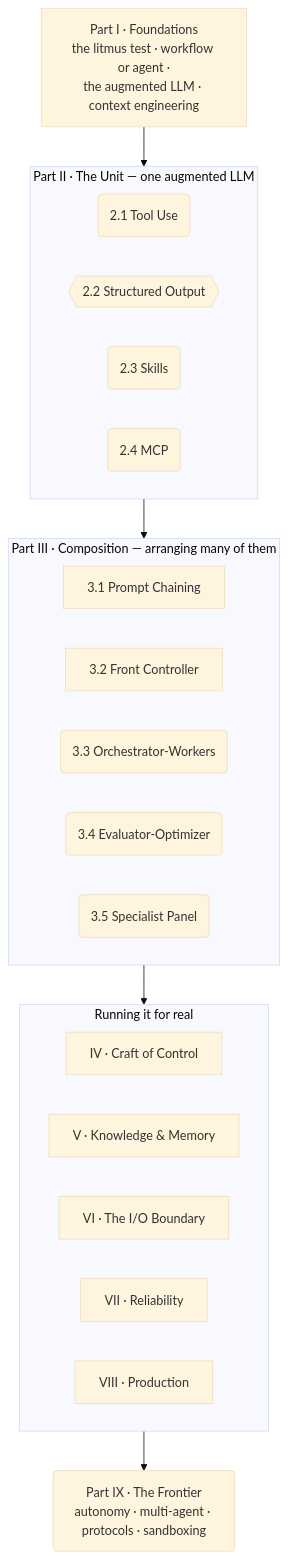
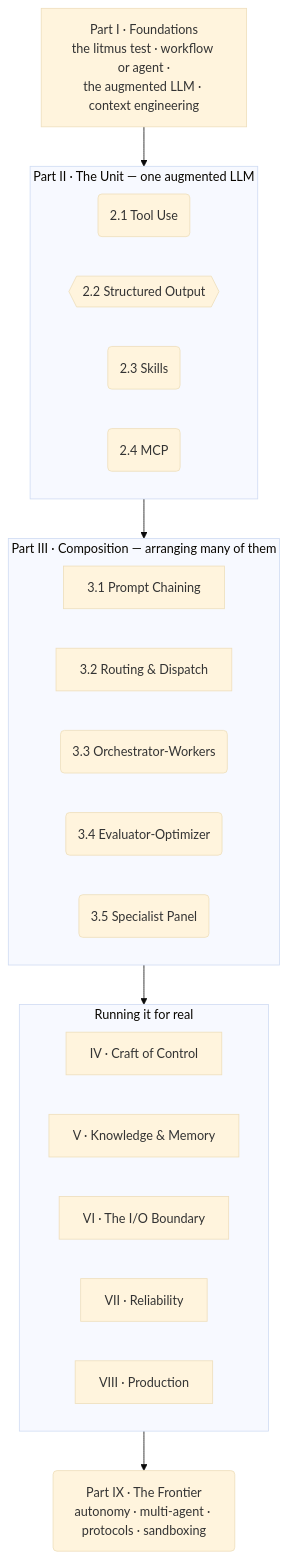
The diagram in docs/index.md (AbhiramDwivedi/agentic-engineering), drawn with Mermaid (base theme) before and after one commit. The commit also changed 21 other files, not shown here.

````diff
--- a/docs/index.md
+++ b/docs/index.md
@@ -51,37 +51,37 @@
 ```mermaid
 flowchart TB
     F["Part I · Foundations<br>the litmus test · workflow or agent ·<br>the augmented LLM · context engineering"]
 
     subgraph UNIT["Part II · The Unit — one augmented LLM"]
         direction LR
         TU("2.1 Tool Use")
         SO{{"2.2 Structured Output"}}
         SK("2.3 Skills")
         MCP("2.4 MCP")
     end
 
     subgraph COMP["Part III · Composition — arranging many of them"]
         direction LR
         PC["3.1 Prompt Chaining"]
-        RT["3.2 Front Controller"]
+        RT["3.2 Routing & Dispatch"]
         FO("3.3 Orchestrator-Workers")
         EO("3.4 Evaluator-Optimizer")
         SP("3.5 Specialist Panel")
     end
 
     subgraph OPS["Running it for real"]
         direction LR
         C["IV · Craft of Control"]
         K["V · Knowledge & Memory"]
         IO["VI · The I/O Boundary"]
         R["VII · Reliability"]
         P["VIII · Production"]
     end
 
     FR("Part IX · The Frontier<br>autonomy · multi-agent · protocols · sandboxing")
 
     F --> UNIT
     UNIT --> COMP
     COMP --> OPS
     OPS --> FR
 ```
````
